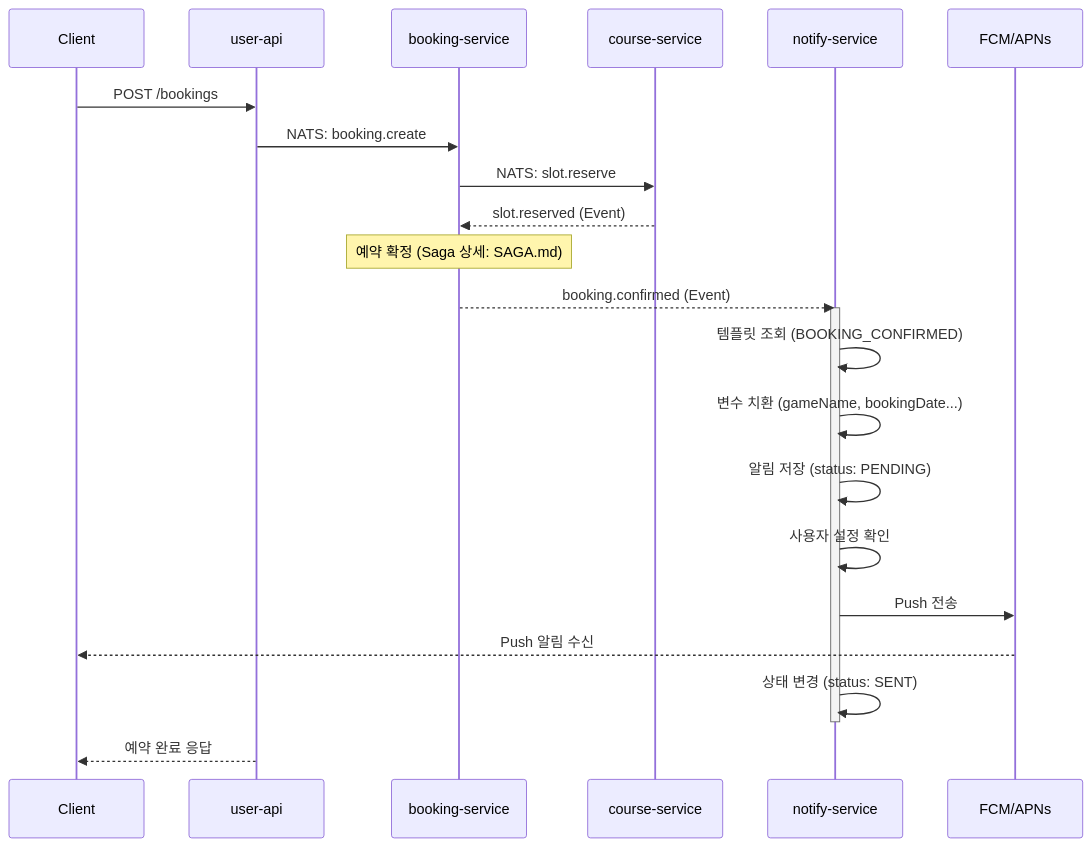
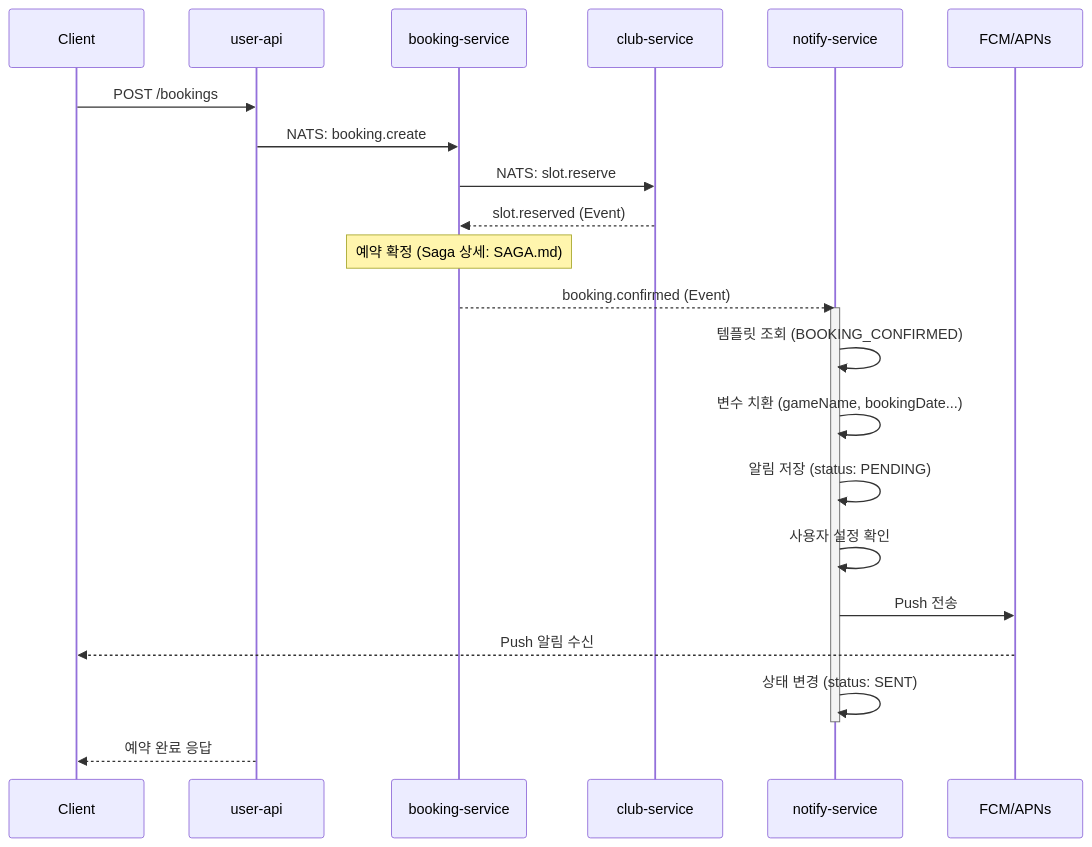
One commit to uniyous/parkgolf-platform changed the fourth of 33 diagrams in docs/workflow/NOTIFICATION.md. Above: the diagram before and after it, drawn with Mermaid. The commit also changed 130 other files, not shown here.

First line of the commit message:
refactor(infra): course-service → club-service 풀 리네임 (UNI-80)

````diff
--- a/docs/workflow/NOTIFICATION.md
+++ b/docs/workflow/NOTIFICATION.md
@@ -156,30 +156,30 @@
 ```mermaid
 sequenceDiagram
     participant C as Client
     participant UA as user-api
     participant BS as booking-service
-    participant CS as course-service
+    participant CS as club-service
     participant NS as notify-service
     participant FCM as FCM/APNs
 
     C->>UA: POST /bookings
     UA->>BS: NATS: booking.create
     BS->>CS: NATS: slot.reserve
     CS-->>BS: slot.reserved (Event)
 
     Note over BS: 예약 확정 (Saga 상세: SAGA.md)
 
     BS-->>NS: booking.confirmed (Event)
 
     activate NS
     NS->>NS: 템플릿 조회 (BOOKING_CONFIRMED)
     NS->>NS: 변수 치환 (gameName, bookingDate...)
     NS->>NS: 알림 저장 (status: PENDING)
     NS->>NS: 사용자 설정 확인
     NS->>FCM: Push 전송
     FCM-->>C: Push 알림 수신
     NS->>NS: 상태 변경 (status: SENT)
     deactivate NS
 
     UA-->>C: 예약 완료 응답
 ```
````
